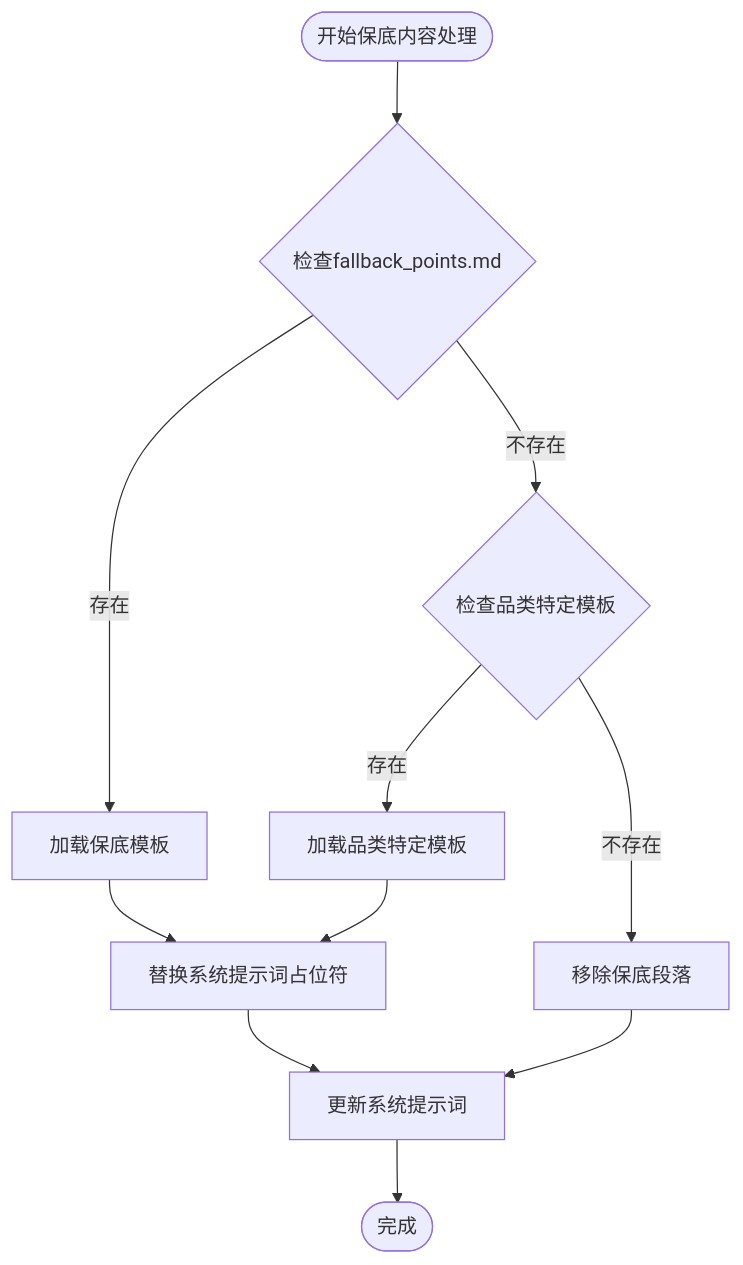
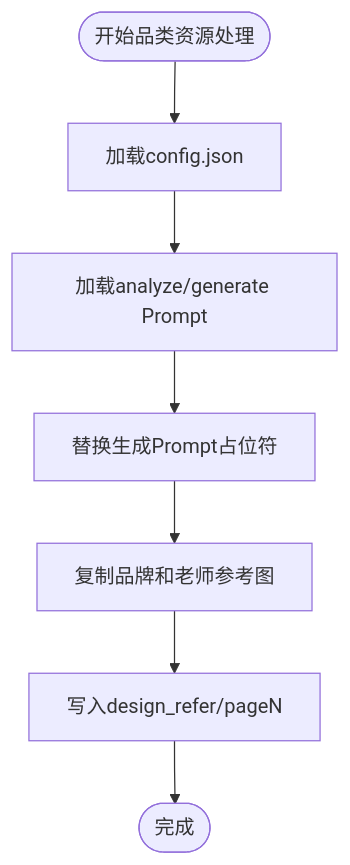
One commit to WongMingJiu/landingpage-test-hero-page changed diagram 16 of 23 in .qoder/repowiki/zh/content/配置和定制/配置和定制.md. Above: the diagram before and after it, drawn with Mermaid. The commit also changed other lines of this file and 53 other files, not shown here.

````diff
--- a/.qoder/repowiki/zh/content/配置和定制/配置和定制.md
+++ b/.qoder/repowiki/zh/content/配置和定制/配置和定制.md
@@ -801,13 +755,9 @@
 ```mermaid
 flowchart TD
-Start([开始保底内容处理]) --> CheckFile{检查fallback_points.md}
-CheckFile --> |存在| LoadTemplate[加载保底模板]
-CheckFile --> |不存在| CheckCategoryFallback{检查品类特定模板}
-CheckCategoryFallback --> |存在| LoadCategoryTemplate[加载品类特定模板]
-CheckCategoryFallback --> |不存在| RemoveSection[移除保底段落]
-LoadTemplate --> ReplacePlaceholders[替换系统提示词占位符]
-LoadCategoryTemplate --> ReplacePlaceholders
-ReplacePlaceholders --> UpdateSystemPrompt[更新系统提示词]
-RemoveSection --> UpdateSystemPrompt
-UpdateSystemPrompt --> End([完成])
+Start([开始品类资源处理]) --> LoadConfig[加载config.json]
+LoadConfig --> LoadPrompts[加载analyze/generate Prompt]
+LoadPrompts --> ReplacePlaceholders[替换生成Prompt占位符]
+ReplacePlaceholders --> CopyAssets[复制品牌和老师参考图]
+CopyAssets --> WriteDesignRefer[写入design_refer/pageN]
+WriteDesignRefer --> End([完成])
 ```
````
